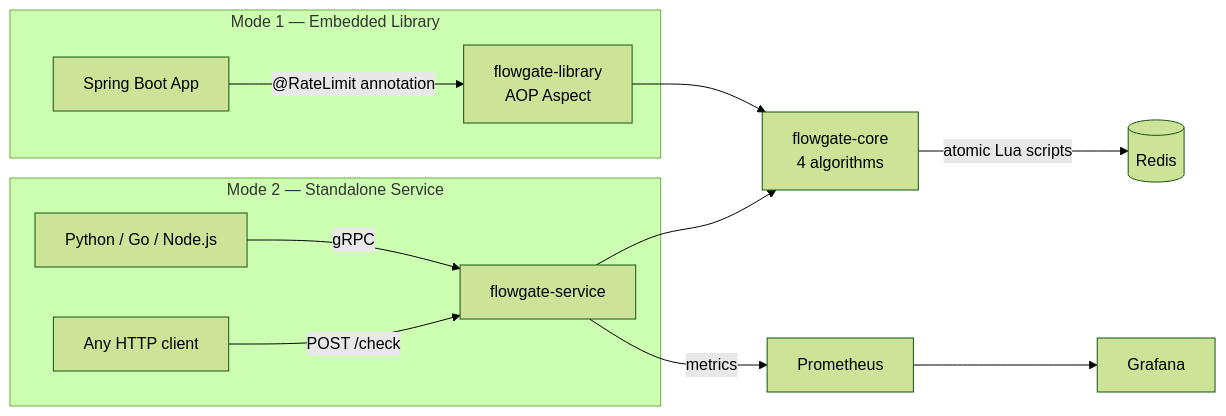
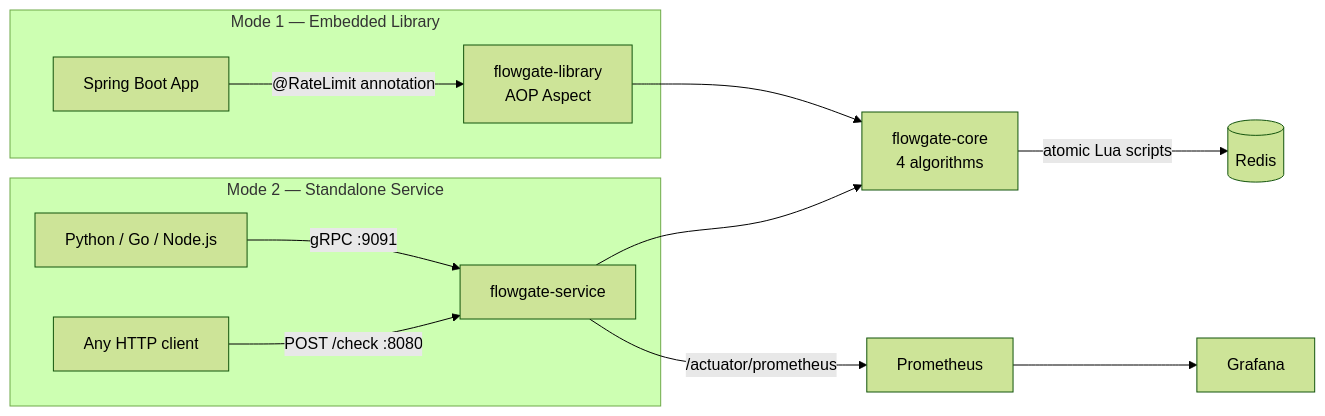
One commit to sodikjonismoilov/flowgate changed the diagram in README.md. Above: the diagram before and after it, drawn with Mermaid (forest theme). The commit also changed other lines of this file and 17 other files, not shown here.

````diff
--- a/README.md
+++ b/README.md
@@ -31,19 +63,19 @@
 ```mermaid
 graph LR
     subgraph lib["Mode 1 — Embedded Library"]
-        A["Spring Boot App"] -->|"@RateLimit annotation"| B["flowgate-library\nAOP Aspect"]
+        A["Spring Boot App"] -->|"@RateLimit annotation"| B["flowgate-library<br/>AOP Aspect"]
     end
 
     subgraph svc["Mode 2 — Standalone Service"]
-        C["Python / Go / Node.js"] -->|"gRPC"| D["flowgate-service"]
-        C2["Any HTTP client"] -->|"POST /check"| D
+        C["Python / Go / Node.js"] -->|"gRPC :9091"| D["flowgate-service"]
+        C2["Any HTTP client"] -->|"POST /check :8080"| D
     end
 
-    B --> E["flowgate-core\n4 algorithms"]
+    B --> E["flowgate-core<br/>4 algorithms"]
     D --> E
 
     E -->|"atomic Lua scripts"| F[("Redis")]
 
-    D -->|"metrics"| G["Prometheus"]
+    D -->|"/actuator/prometheus"| G["Prometheus"]
     G --> H["Grafana"]
 ```
````
